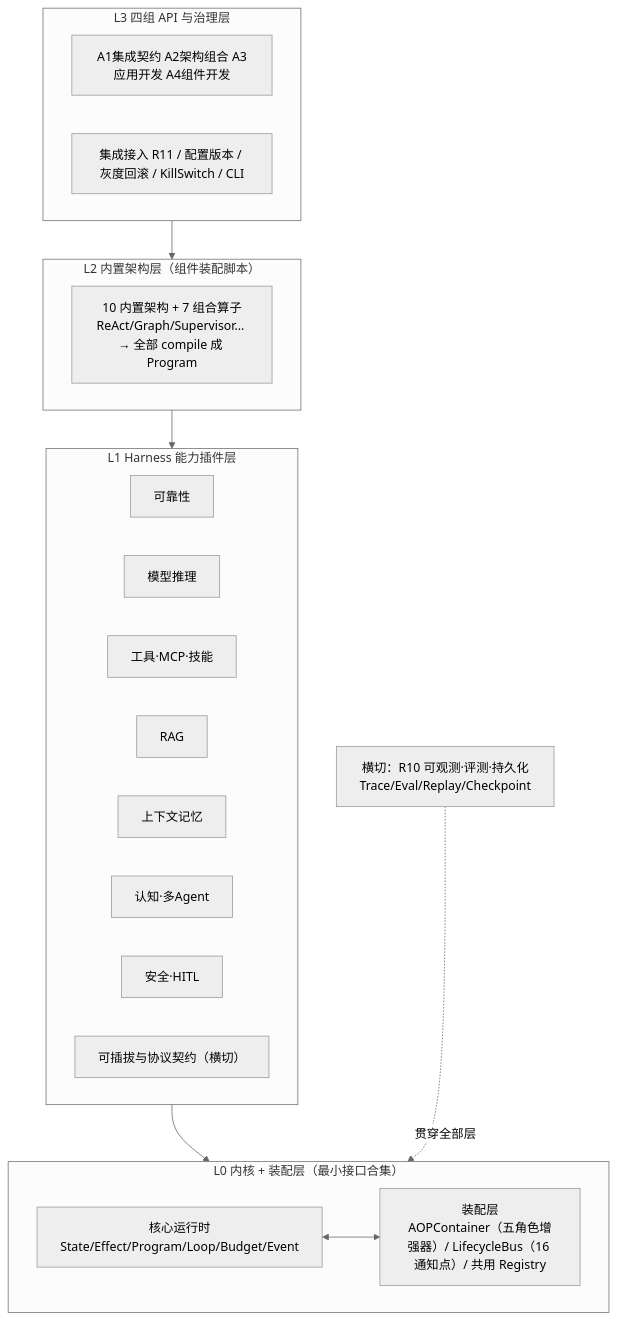
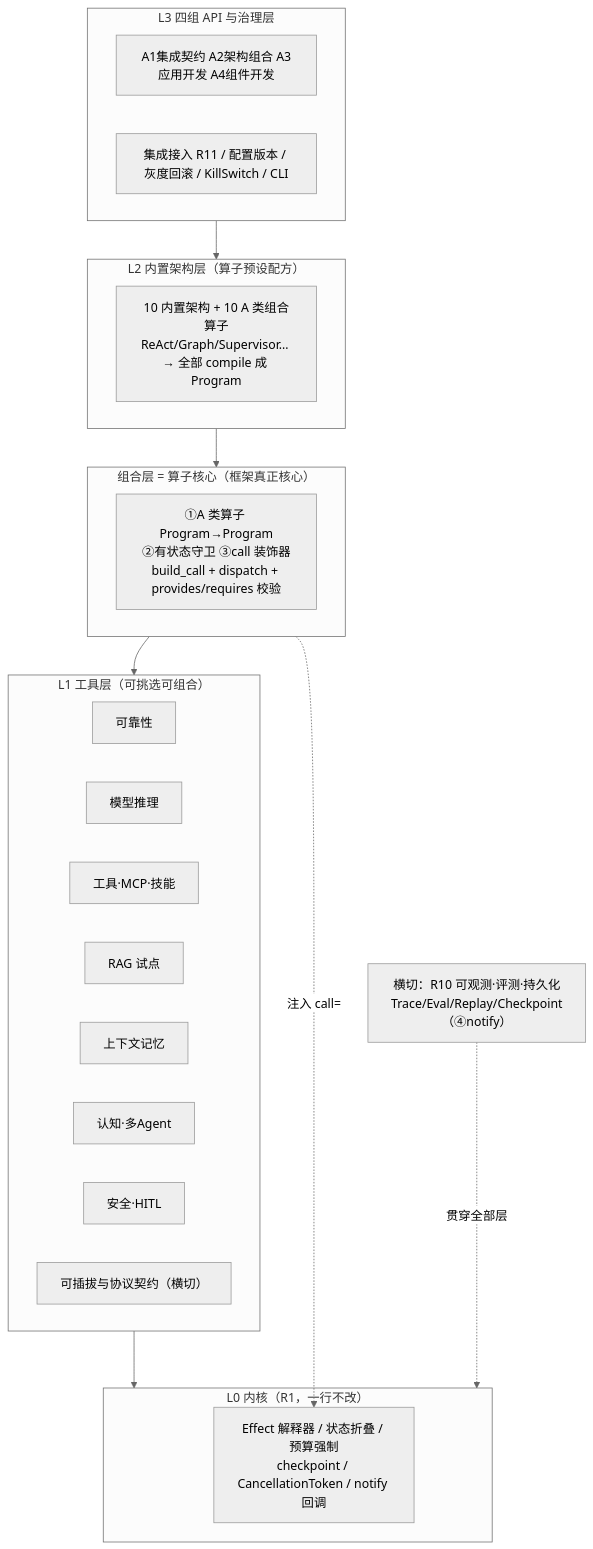
Before and after one commit to sao-lang/lll: the first of 13 diagrams in docs/01-总览与设计/AGENT-总设计.md, drawn with Mermaid (neutral theme). The commit also changed other lines of this file and 159 other files, not shown here.

````diff
--- a/docs/01-总览与设计/AGENT-总设计.md
+++ b/docs/01-总览与设计/AGENT-总设计.md
@@ -92,23 +100,25 @@
 ```mermaid
 flowchart TD
     subgraph L3["L3 四组 API 与治理层"]
         API["A1集成契约 A2架构组合 A3应用开发 A4组件开发"]
         GOV["集成接入 R11 / 配置版本 / 灰度回滚 / KillSwitch / CLI"]
     end
-    subgraph L2["L2 内置架构层（组件装配脚本）"]
-        R12["10 内置架构 + 7 组合算子<br/>ReAct/Graph/Supervisor… → 全部 compile 成 Program"]
+    subgraph L2["L2 内置架构层（算子预设配方）"]
+        R12["10 内置架构 + 10 A 类组合算子<br/>ReAct/Graph/Supervisor… → 全部 compile 成 Program"]
     end
-    subgraph L1L["L1 Harness 能力插件层"]
+    subgraph LC["组合层 = 算子核心（框架真正核心）"]
+        OPS["①A 类算子 Program→Program<br/>②有状态守卫 ③call 装饰器<br/>build_call + dispatch + provides/requires 校验"]
+    end
+    subgraph L1L["L1 工具层（可挑选可组合）"]
         R3["可靠性"]; R4["模型推理"]; R5["工具·MCP·技能"]
-        R6["RAG"]; R7["上下文记忆"]; R8["认知·多Agent"]; R9["安全·HITL"]
+        R6["RAG 试点"]; R7["上下文记忆"]; R8["认知·多Agent"]; R9["安全·HITL"]
         R13["可插拔与协议契约（横切）"]
     end
-    subgraph L0L["L0 内核 + 装配层（最小接口合集）"]
-        R1["核心运行时<br/>State/Effect/Program/Loop/Budget/Event"]
-        R2["装配层<br/>AOPContainer（五角色增强器）/ LifecycleBus（16 通知点）/ 共用 Registry"]
+    subgraph L0L["L0 内核（R1，一行不改）"]
+        R1["Effect 解释器 / 状态折叠 / 预算强制<br/>checkpoint / CancellationToken / notify 回调"]
     end
-    OBS["横切：R10 可观测·评测·持久化<br/>Trace/Eval/Replay/Checkpoint"]
-    L3 --> L2 --> L1L --> L0L
-    R1 <--> R2
+    OBS["横切：R10 可观测·评测·持久化<br/>Trace/Eval/Replay/Checkpoint（④notify）"]
+    L3 --> L2 --> LC --> L1L --> L0L
+    LC -.注入 call=.-> R1
     OBS -.贯穿全部层.-> L0L
 ```
````
